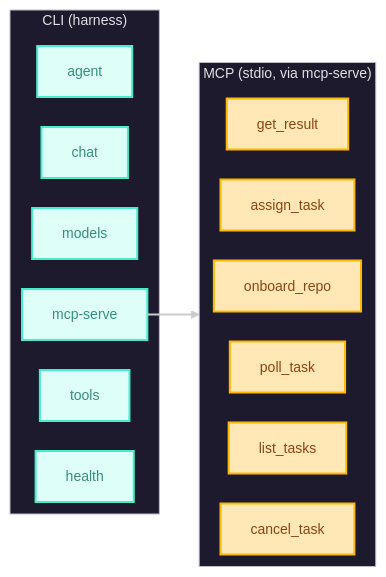
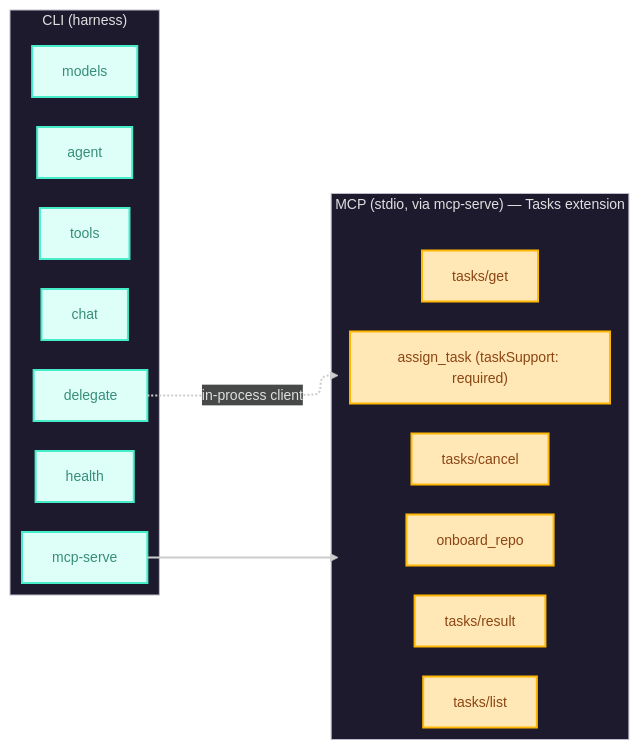
Before and after one commit to DominicBurkart/nanna-coder: the second of 5 diagrams in ARCHITECTURE.md, drawn with Mermaid. The commit also changed other lines of this file and 7 other files, not shown here.

First line of the commit message:
feat(mcp): re-architect onto the MCP Tasks extension (#534)

````diff
--- a/ARCHITECTURE.md
+++ b/ARCHITECTURE.md
@@ -67,29 +72,31 @@
 ```mermaid
 ---
 config:
   theme: redux-dark
   layout: elk
 ---
 flowchart LR
     subgraph CLI["CLI (harness)"]
         chat
         agent
+        delegate
         mcpserve["mcp-serve"]
         models
         tools
         health
     end
-    subgraph MCP["MCP (stdio, via mcp-serve)"]
-        assign_task
-        poll_task
-        get_result
-        list_tasks
-        cancel_task
+    subgraph MCP["MCP (stdio, via mcp-serve) — Tasks extension"]
+        assign_task["assign_task (taskSupport: required)"]
         onboard_repo
+        tget["tasks/get"]
+        tresult["tasks/result"]
+        tlist["tasks/list"]
+        tcancel["tasks/cancel"]
     end
     mcpserve --> MCP
+    delegate -.->|in-process client| MCP
     classDef cli stroke:#46EDC8,fill:#DEFFF8,color:#378E7A
     classDef mcp stroke:#FFB703,fill:#FFE8B6,color:#8B4513
-    class chat,agent,mcpserve,models,tools,health cli
-    class assign_task,poll_task,get_result,list_tasks,cancel_task,onboard_repo mcp
+    class chat,agent,delegate,mcpserve,models,tools,health cli
+    class assign_task,onboard_repo,tget,tresult,tlist,tcancel mcp
 ```
````
